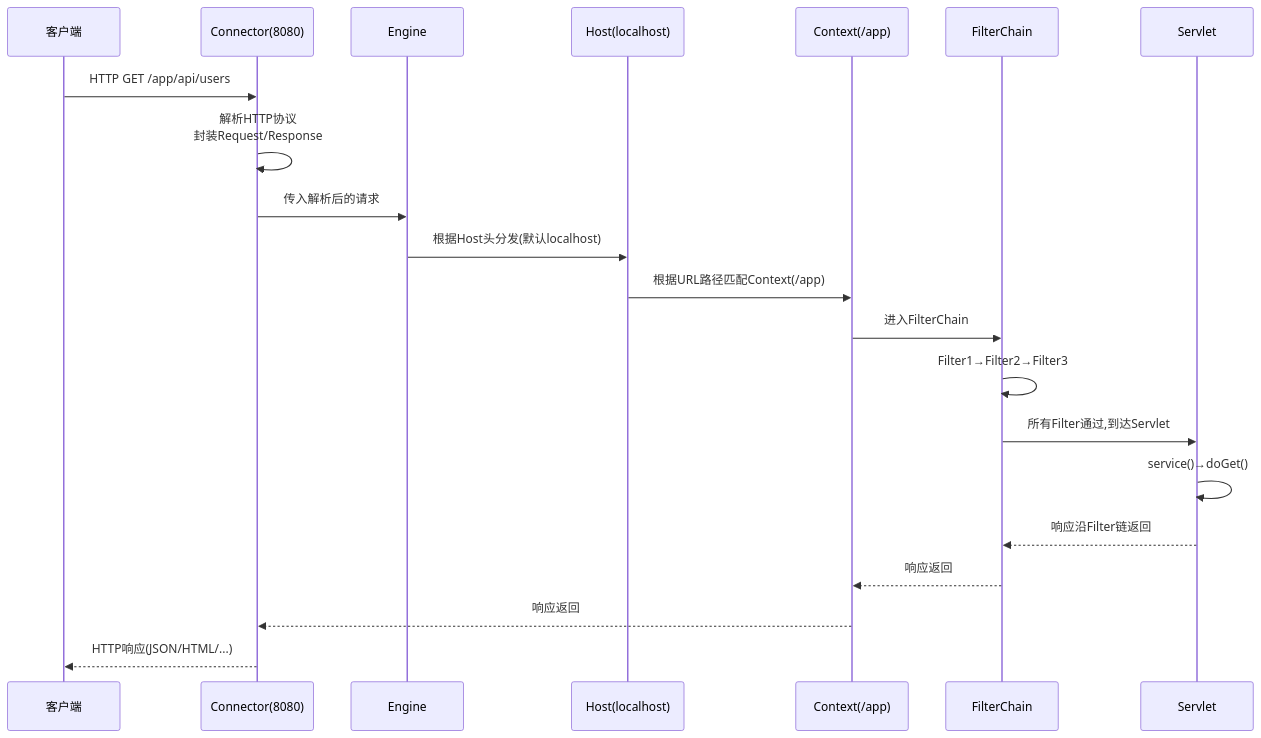
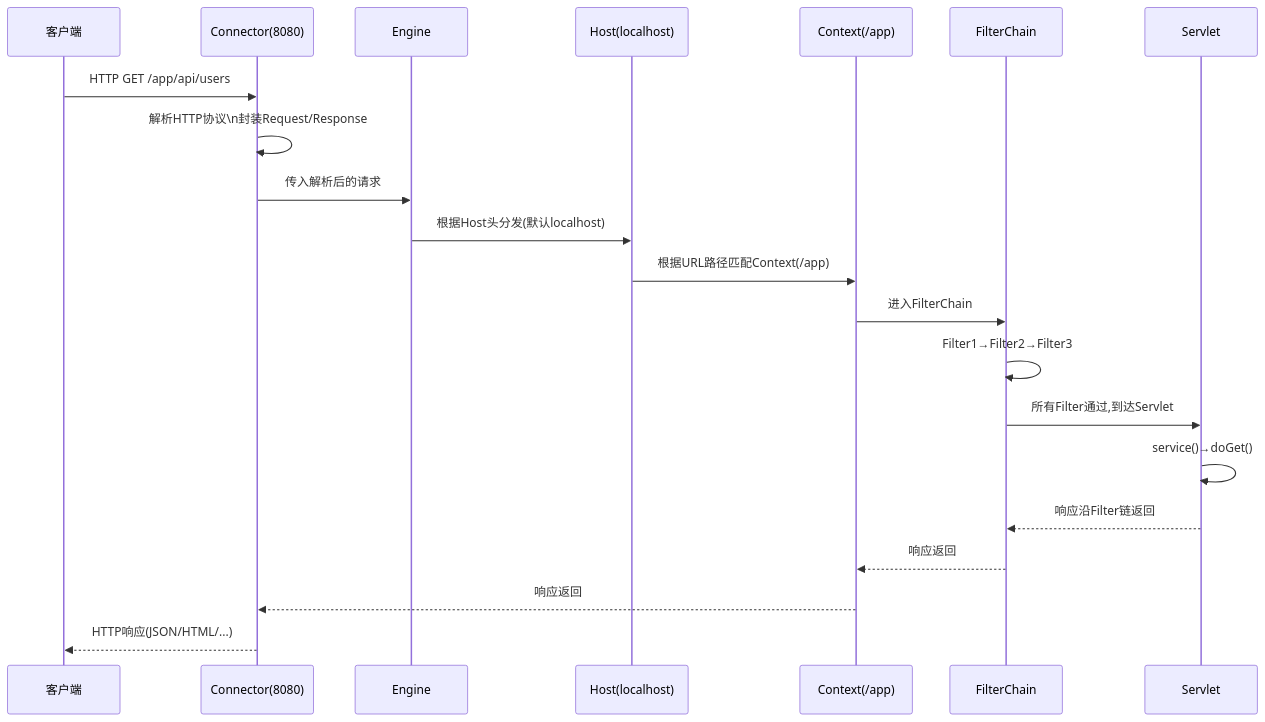
Before and after one commit to yaocat55/yaocat55.github.io: the second of 4 diagrams in content/posts/servlet/ServletProgrammingGuide.md, drawn with Mermaid. The commit also changed other lines of this file and 155 other files, not shown here.

````diff
--- a/content/posts/servlet/ServletProgrammingGuide.md
+++ b/content/posts/servlet/ServletProgrammingGuide.md
@@ -139,24 +139,24 @@
 ```mermaid
 sequenceDiagram
     participant CLIENT as 客户端
     participant CONNECTOR as Connector(8080)
     participant ENGINE as Engine
     participant HOST as Host(localhost)
     participant CONTEXT as Context(/app)
     participant FILTER as FilterChain
     participant SERVLET as Servlet
 
     CLIENT->>CONNECTOR: HTTP GET /app/api/users
-    CONNECTOR->>CONNECTOR: 解析HTTP协议<br>封装Request/Response
+    CONNECTOR->>CONNECTOR: 解析HTTP协议\n封装Request/Response
     CONNECTOR->>ENGINE: 传入解析后的请求
     ENGINE->>HOST: 根据Host头分发(默认localhost)
     HOST->>CONTEXT: 根据URL路径匹配Context(/app)
     CONTEXT->>FILTER: 进入FilterChain
     FILTER->>FILTER: Filter1→Filter2→Filter3
     FILTER->>SERVLET: 所有Filter通过,到达Servlet
     SERVLET->>SERVLET: service()→doGet()
     SERVLET-->>FILTER: 响应沿Filter链返回
     FILTER-->>CONTEXT: 响应返回
     CONTEXT-->>CONNECTOR: 响应返回
     CONNECTOR-->>CLIENT: HTTP响应(JSON/HTML/...)
 ```
````
